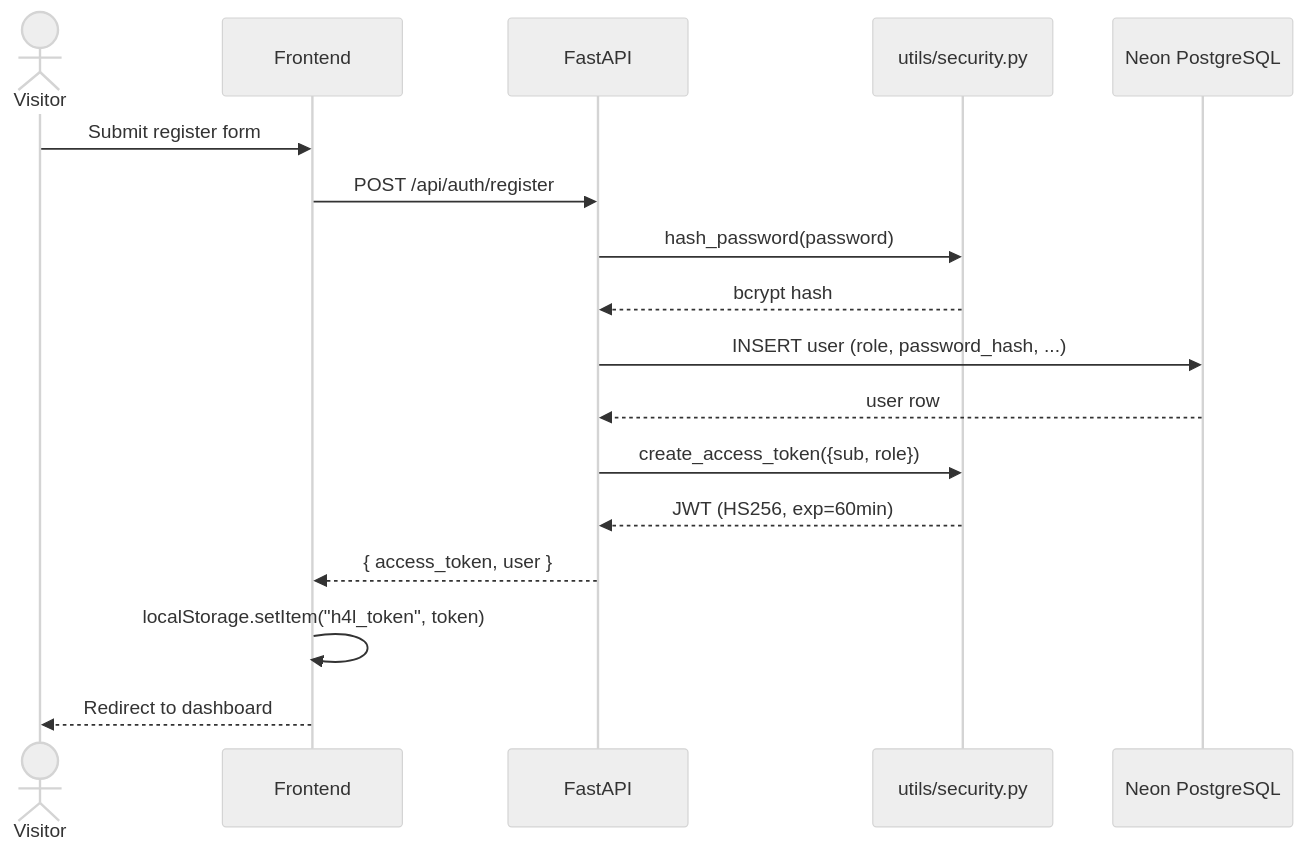
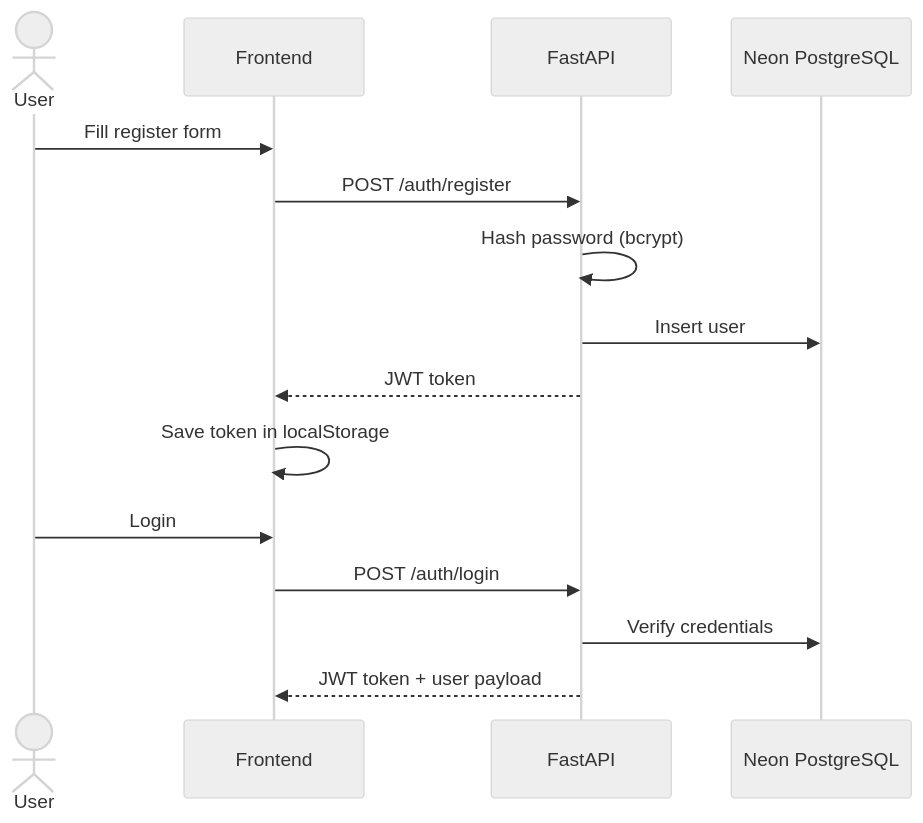
One commit to yazidha09/Hub4Learners changed the third of 3 diagrams in docs/sprints/SPRINT_1.md. Above: the diagram before and after it, drawn with Mermaid (neutral theme). The commit also changed other lines of this file and 14 other files, not shown here.

````diff
--- a/docs/sprints/SPRINT_1.md
+++ b/docs/sprints/SPRINT_1.md
@@ -116,20 +101,19 @@
 ```mermaid
 sequenceDiagram
-    actor Visitor
+    actor User
     participant Frontend
-    participant FastAPI
-    participant Security as utils/security.py
+    participant API as FastAPI
     participant DB as Neon PostgreSQL
 
-    Visitor->>Frontend: Submit register form
-    Frontend->>FastAPI: POST /api/auth/register
-    FastAPI->>Security: hash_password(password)
-    Security-->>FastAPI: bcrypt hash
-    FastAPI->>DB: INSERT user (role, password_hash, ...)
-    DB-->>FastAPI: user row
-    FastAPI->>Security: create_access_token({sub, role})
-    Security-->>FastAPI: JWT (HS256, exp=60min)
-    FastAPI-->>Frontend: { access_token, user }
-    Frontend->>Frontend: localStorage.setItem("h4l_token", token)
-    Frontend-->>Visitor: Redirect to dashboard
+    User->>Frontend: Fill register form
+    Frontend->>API: POST /auth/register
+    API->>API: Hash password (bcrypt)
+    API->>DB: Insert user
+    API-->>Frontend: JWT token
+    Frontend->>Frontend: Save token in localStorage
+
+    User->>Frontend: Login
+    Frontend->>API: POST /auth/login
+    API->>DB: Verify credentials
+    API-->>Frontend: JWT token + user payload
 ```
````
